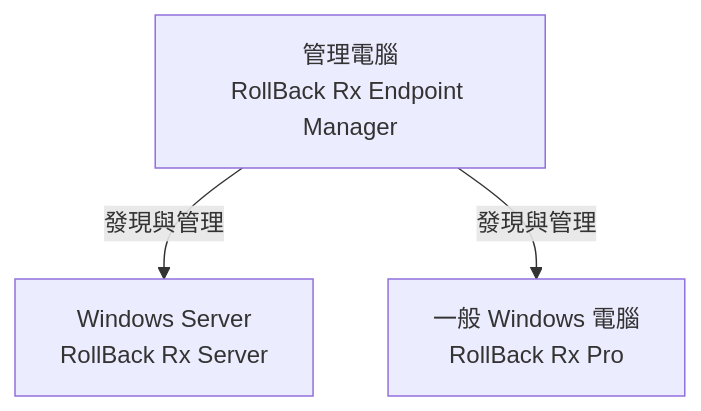
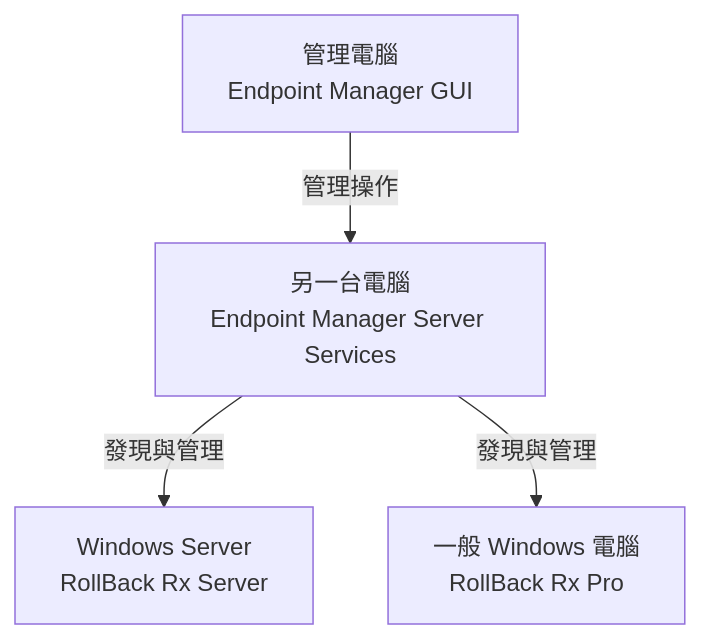
Before and after one commit to jafeeye/my-portfolio: the diagram in content/post/RollBack RX 還原卡軟體.md, drawn with Mermaid. The commit also changed 258 other files, not shown here.

````diff
--- a/content/post/RollBack RX 還原卡軟體.md
+++ b/content/post/RollBack RX 還原卡軟體.md
@@ -8,9 +8,11 @@
 ```mermaid
-flowchart TB
-    M["管理電腦<br/>RollBack Rx Endpoint Manager"]
-    S["Windows Server<br/>RollBack Rx Server"]
+flowchart TD
+    G["管理電腦<br/>Endpoint Manager GUI"]
+    S["另一台電腦<br/>Endpoint Manager Server Services"]
+    R["Windows Server<br/>RollBack Rx Server"]
     P["一般 Windows 電腦<br/>RollBack Rx Pro"]
-    M -->|"發現與管理"| S
-    M -->|"發現與管理"| P
-    %% mermaid-flow:pos M=253,90 S=362,200 P=145,200
+
+    G -->|"管理操作"| S
+    S -->|"發現與管理"| R
+    S -->|"發現與管理"| P
 ```
````
